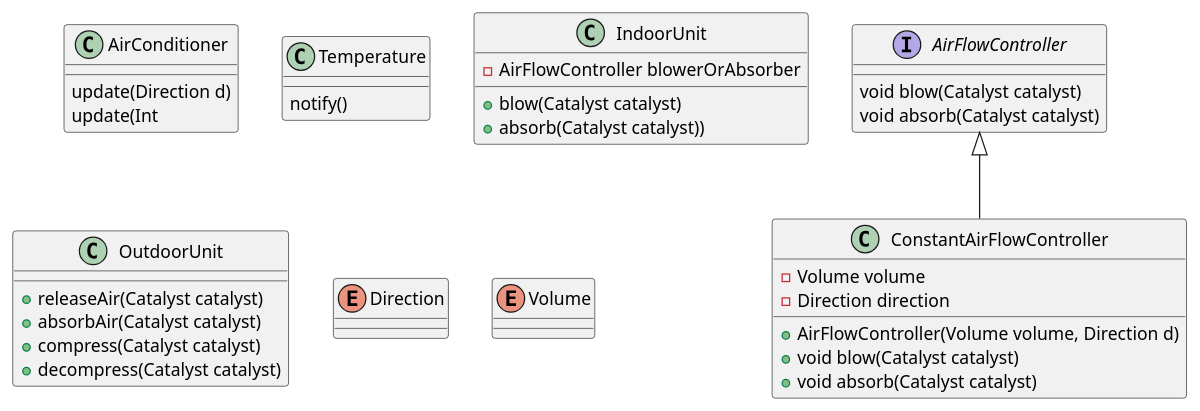
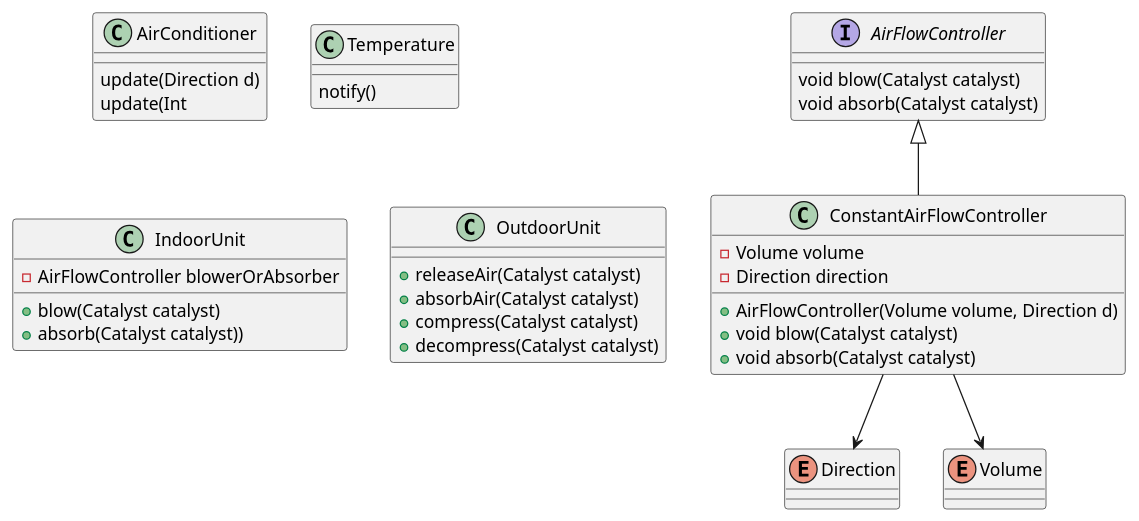
One commit to yatakeke/modeling-training changed the diagram in air-conditioner.puml. Above: the diagram before and after it, drawn with PlantUML.

Commit message:
flowControllerの変数値について関係性を明示

```diff
--- a/air-conditioner.puml
+++ b/air-conditioner.puml
@@ -1,49 +1,52 @@
 @startuml
 'https://plantuml.com/class-diagram
 
 class AirConditioner {
 update(Direction d)
 update(Int
 }
 
 class Temperature {
 notify()
 }
 
 class IndoorUnit {
 -AirFlowController blowerOrAbsorber
 +blow(Catalyst catalyst)
 +absorb(Catalyst catalyst))
 }
 
 '意図が少し違うことを明確にするためにあえて違う名前にしてみた
 class OutdoorUnit {
 +releaseAir(Catalyst catalyst)
 +absorbAir(Catalyst catalyst)
 +compress(Catalyst catalyst)
 +decompress(Catalyst catalyst)
 }
 
 interface AirFlowController {
 void blow(Catalyst catalyst)
 void absorb(Catalyst catalyst)
 }
 
 AirFlowController <|-- ConstantAirFlowController
 'TODO: autoとかの実装を後ほどする
 
 class ConstantAirFlowController {
 -Volume volume
 -Direction direction
 +AirFlowController(Volume volume, Direction d)
 +void blow(Catalyst catalyst)
 +void absorb(Catalyst catalyst)
 }
 
+ConstantAirFlowController --> Direction
+ConstantAirFlowController --> Volume
+
 enum Direction {
 }
 
 enum Volume {
 }
 
 @enduml
```
